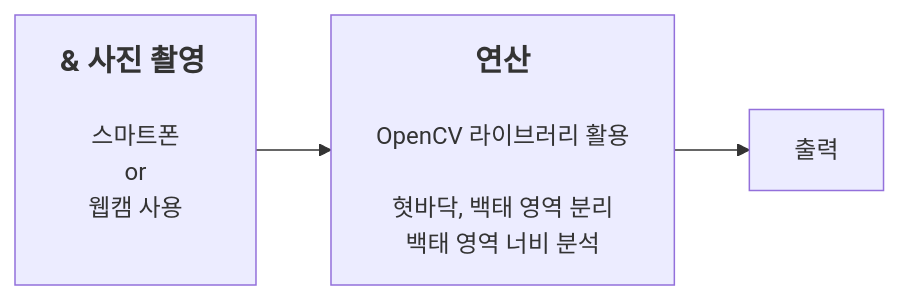
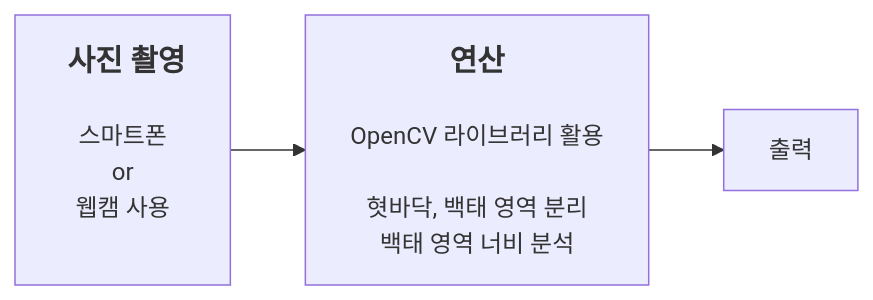
Before and after one commit to 201710808/-p: the diagram in Readme.md, drawn with Mermaid.

````diff
--- a/Readme.md
+++ b/Readme.md
@@ -3,5 +3,5 @@
 ```mermaid
 graph LR
-A[<b><span style='font-size:20px'>&#160;사진 촬영</span></b>&#160;<br><br>스마트폰\nor\n웹캠 사용<br><br>]-->B[<b><span style='font-size:20px'>연산</span></b><br><br>OpenCV 라이브러리 활용<br><br>혓바닥, 백태 영역 분리<br>백태 영역 너비 분석]
+A[<b><span style='font-size:20px'>&#160;사진 촬영</span></b><br><br>스마트폰\nor\n웹캠 사용<br><br>]-->B[<b><span style='font-size:20px'>연산</span></b><br><br>OpenCV 라이브러리 활용<br><br>혓바닥, 백태 영역 분리<br>백태 영역 너비 분석]
 B-->C[출력]
 ```
````
